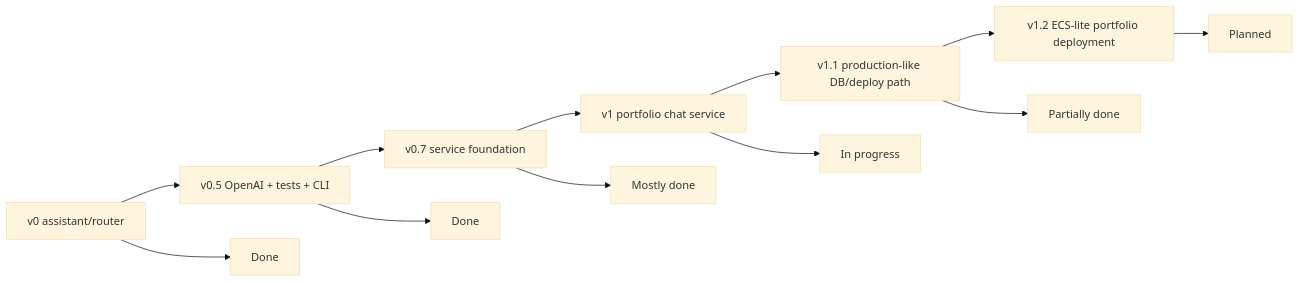
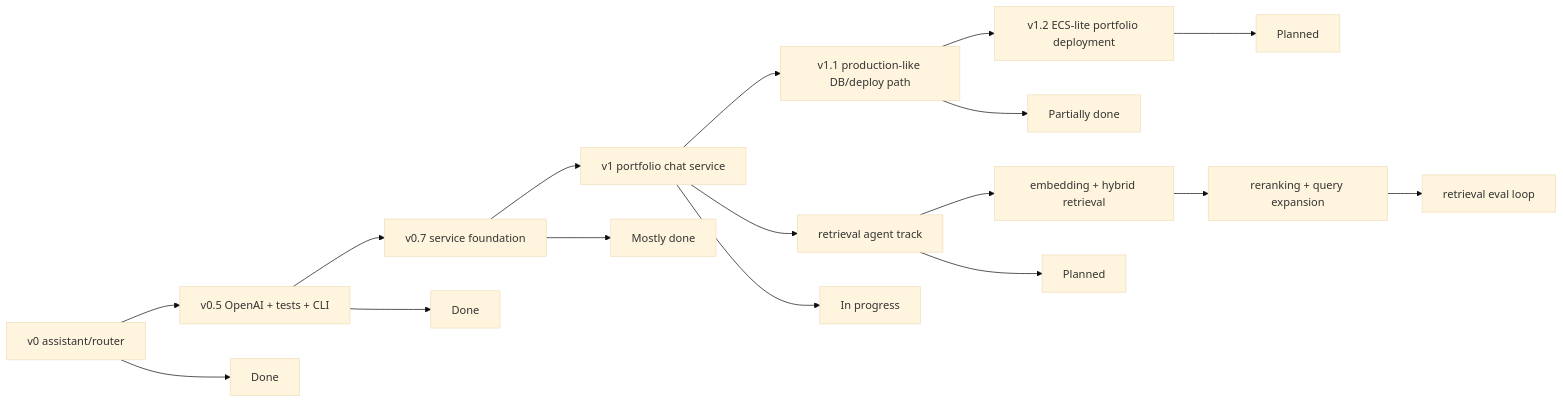
Before and after one commit to heecheon92/my-agents: the diagram in ROADMAP.md, drawn with Mermaid (base theme). The commit also changed other lines of this file and 21 other files, not shown here.

````diff
--- a/ROADMAP.md
+++ b/ROADMAP.md
@@ -16,15 +16,20 @@
 ```mermaid
 flowchart LR
     V0["v0 assistant/router"] --> V05["v0.5 OpenAI + tests + CLI"]
     V05 --> V07["v0.7 service foundation"]
     V07 --> V1["v1 portfolio chat service"]
     V1 --> V11["v1.1 production-like DB/deploy path"]
     V11 --> V12["v1.2 ECS-lite portfolio deployment"]
+    V1 --> R1["retrieval agent track"]
+    R1 --> R1A["embedding + hybrid retrieval"]
+    R1A --> R1B["reranking + query expansion"]
+    R1B --> R1C["retrieval eval loop"]
 
     V0 --> V0Done["Done"]
     V05 --> V05Done["Done"]
     V07 --> V07Done["Mostly done"]
     V1 --> V1Wip["In progress"]
     V11 --> V11Wip["Partially done"]
     V12 --> V12Todo["Planned"]
+    R1 --> R1Todo["Planned"]
 ```
````
